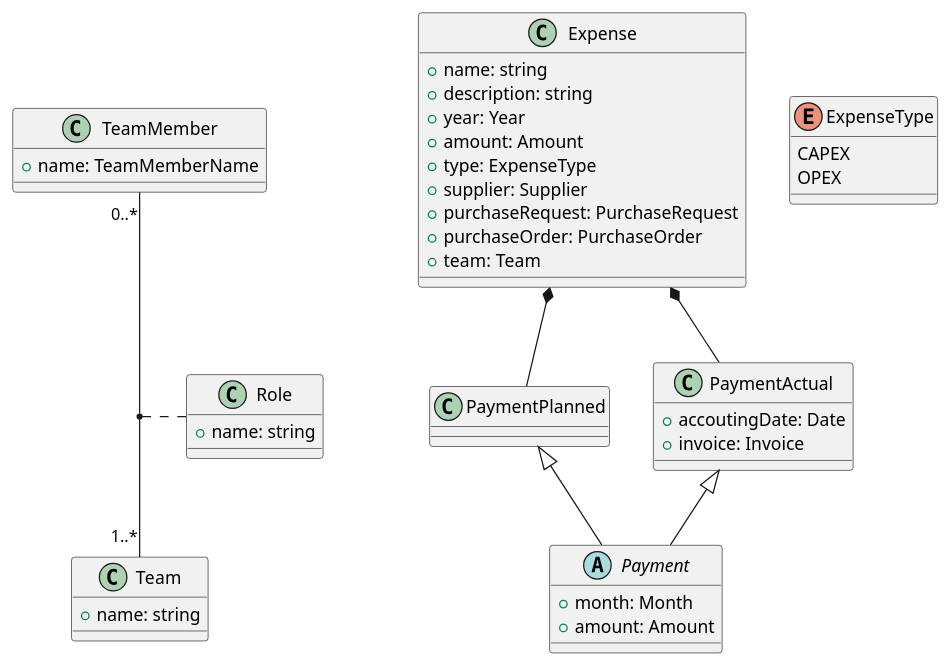
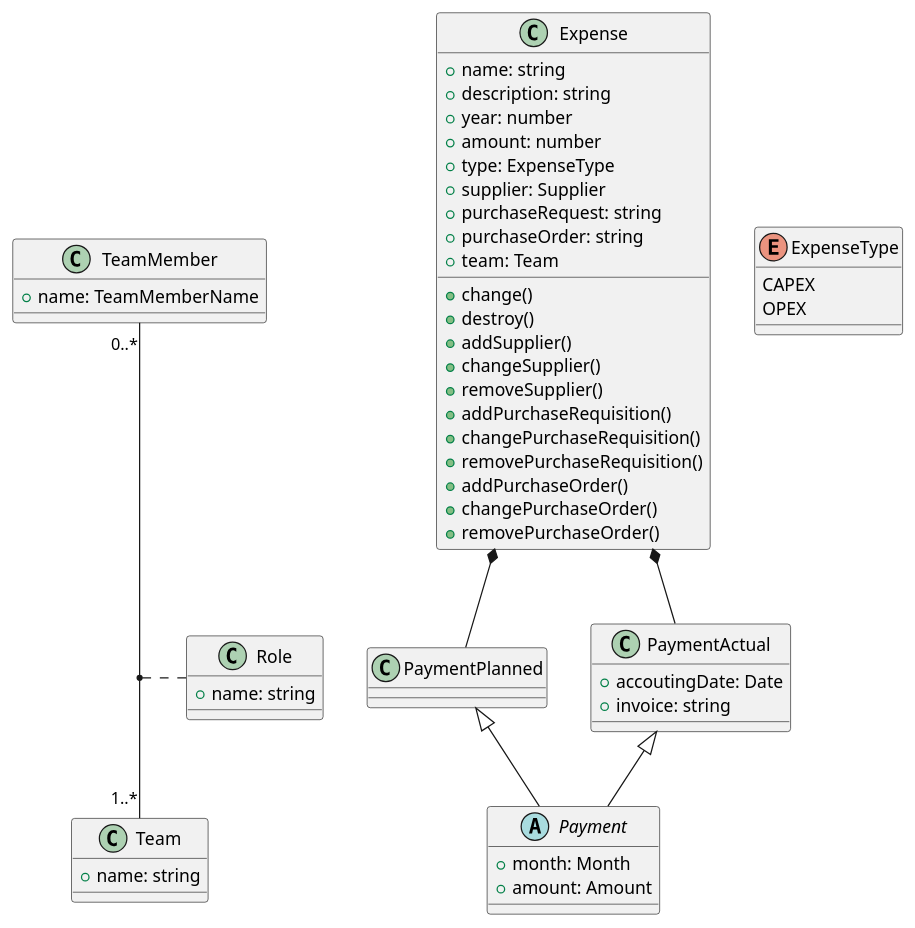
Before and after one commit to celsopires1999/expenses-planning: the diagram in uml/class-diagram.wsd, drawn with PlantUML. The commit also changed 4 other files, not shown here.

```diff
--- a/uml/class-diagram.wsd
+++ b/uml/class-diagram.wsd
@@ -1,54 +1,66 @@
-@startuml
+@startuml Expense
 class Expense {
     + name: string 
     + description: string 
-    + year: Year
-    + amount: Amount
+    + year: number
+    + amount: number
     + type: ExpenseType
     + supplier: Supplier
-    + purchaseRequest: PurchaseRequest
-    + purchaseOrder: PurchaseOrder
+    + purchaseRequest: string
+    + purchaseOrder: string
     + team: Team
+    + change()
+    + destroy()
+    + addSupplier()
+    + changeSupplier()
+    + removeSupplier()
+    + addPurchaseRequisition()
+    + changePurchaseRequisition()
+    + removePurchaseRequisition()
+    + addPurchaseOrder()
+    + changePurchaseOrder()
+    + removePurchaseOrder()
+
 }
 enum ExpenseType {
     CAPEX
     OPEX
 }
 abstract class Payment {
     + month: Month
     + amount: Amount
 }
 
 class PaymentPlanned {
 
 }
 
 class PaymentActual {
   + accoutingDate: Date
-  + invoice: Invoice
+  + invoice: string
 }
 
 PaymentPlanned <|-- Payment
 PaymentActual <|-- Payment
 
 Expense *-- PaymentPlanned
 Expense *-- PaymentActual
 
 class TeamMember {
     + name: TeamMemberName
 }
 
 class Team { 
     + name: string
 }
 
 class Role { 
     + name: string
 }
 
 TeamMember "0..*" -- "1..*" Team
 (TeamMember, Team) . Role
 
 
 
 @enduml
```
